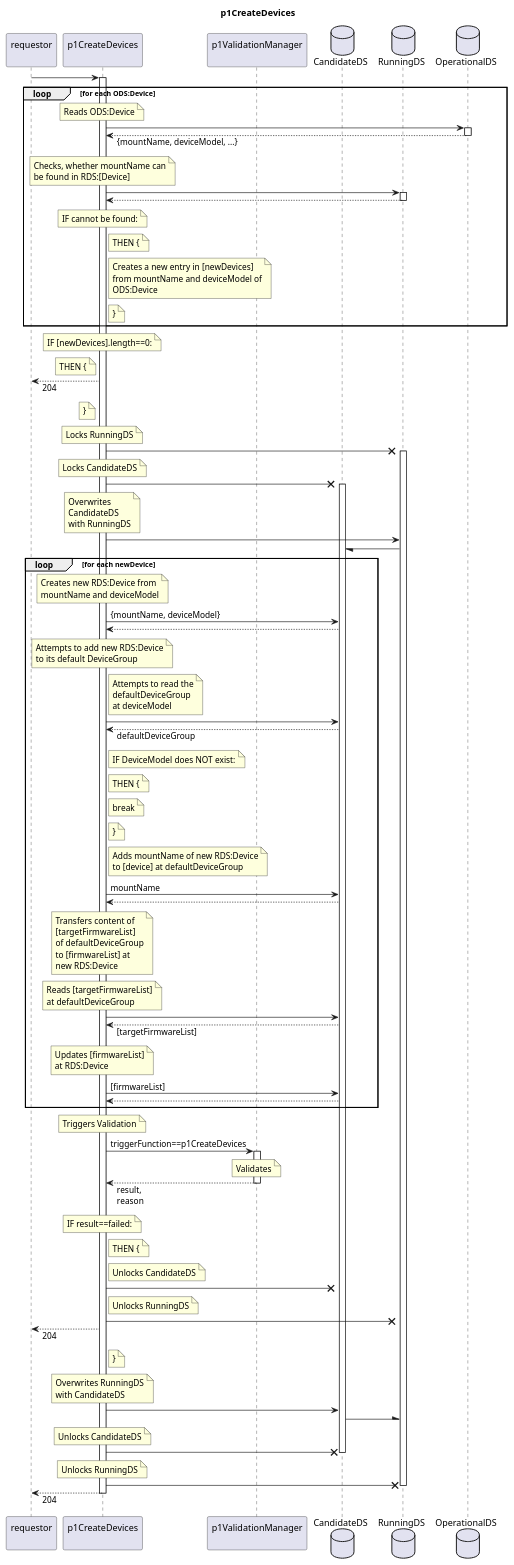
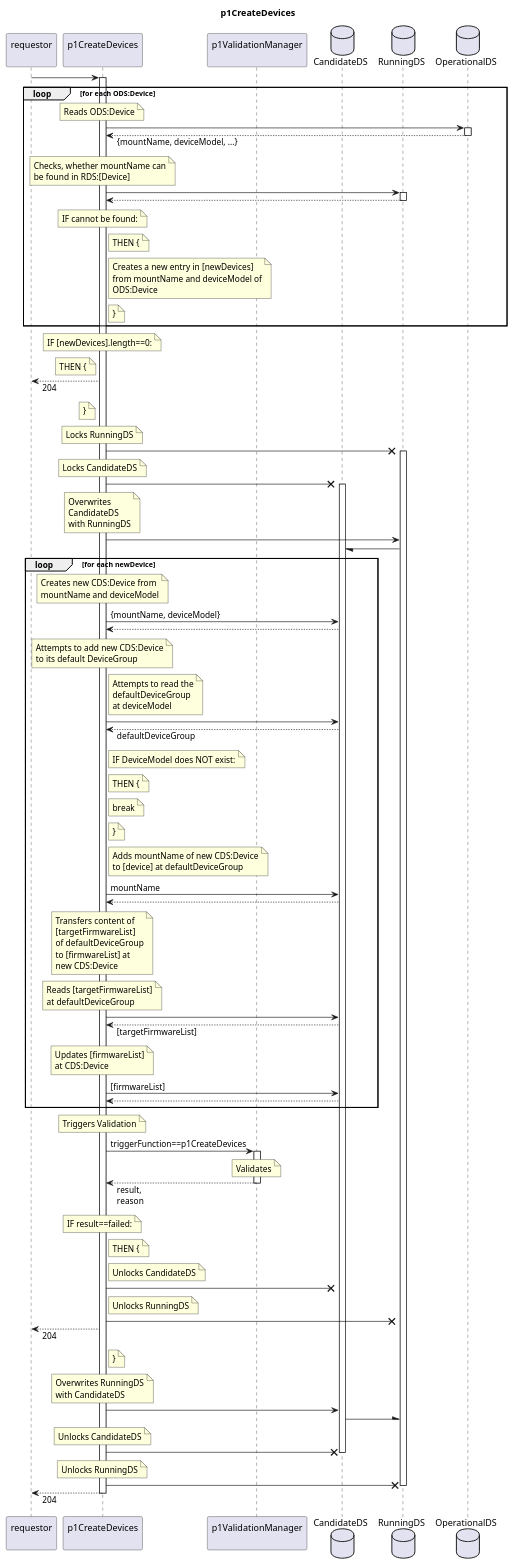
One commit to openBackhaul/FirmWareManager changed the diagram in spec/Functions/Interpretation/p1CreateDevices/1.0.0/p1CreateDevices.plantuml. Above: the diagram before and after it, drawn with PlantUML. The commit also changed 26 other files, not shown here.

```diff
--- a/spec/Functions/Interpretation/p1CreateDevices/1.0.0/p1CreateDevices.plantuml
+++ b/spec/Functions/Interpretation/p1CreateDevices/1.0.0/p1CreateDevices.plantuml
@@ -1,188 +1,188 @@
 @startuml p1CreateDevices
 skinparam responseMessageBelowArrow true
 
 title
   p1CreateDevices
 end title
 
 participant "requestor\n" as requestor
 participant "p1CreateDevices\n" as indServ
 participant "p1ValidationManager\n" as valiMan
 
 database "CandidateDS" as CanDS
 database "RunningDS" as RunDS
 database "OperationalDS" as OpDS
 
 requestor -> indServ
 activate indServ
 
   loop for each ODS:Device
     note over indServ
       Reads ODS:Device
     end note
     indServ -> OpDS
     activate OpDS
     indServ <-- OpDS: {mountName, deviceModel, ...}
     deactivate OpDS
     note over indServ
       Checks, whether mountName can
       be found in RDS:[Device]
     end note
     indServ -> RunDS
     activate RunDS
     indServ <-- RunDS
     deactivate RunDS
     note over indServ
       IF cannot be found:
     end note
     note right indServ
       THEN {
     end note
     note right indServ
       Creates a new entry in [newDevices]
       from mountName and deviceModel of
       ODS:Device
     end note
     note right indServ
       }
     end note
   end loop
   note over indServ
     IF [newDevices].length==0:
   end note
   note left indServ
     THEN {
   end note
   requestor <-- indServ: 204
   note left indServ
     }
   end note  
 
   note over indServ
     Locks RunningDS
   end note
   indServ -X RunDS
   activate RunDS
   note over indServ
     Locks CandidateDS
   end note
   indServ -X CanDS
   activate CanDS
   note over indServ
     Overwrites
     CandidateDS
     with RunningDS
   end note
   indServ -> RunDS
   RunDS -/ CanDS
 
   loop for each newDevice
     note over indServ
-      Creates new RDS:Device from
+      Creates new CDS:Device from
       mountName and deviceModel
     end note
     indServ -> CanDS: {mountName, deviceModel}
     indServ <-- CanDS
 
     note over indServ
-      Attempts to add new RDS:Device
+      Attempts to add new CDS:Device
       to its default DeviceGroup
     end note
     note right indServ
       Attempts to read the
       defaultDeviceGroup
       at deviceModel
     end note
     indServ -> CanDS
     indServ <-- CanDS: defaultDeviceGroup
     note right indServ
       IF DeviceModel does NOT exist:
     end note
     note right indServ
       THEN {
     end note
     note right indServ
       break
     end note
     note right indServ
       }
     end note
     note right indServ
-      Adds mountName of new RDS:Device
+      Adds mountName of new CDS:Device
       to [device] at defaultDeviceGroup
     end note
     indServ -> CanDS: mountName
     indServ <-- CanDS
  
     note over indServ
       Transfers content of
       [targetFirmwareList]
       of defaultDeviceGroup
       to [firmwareList] at
-      new RDS:Device
+      new CDS:Device
     end note
     note over indServ
       Reads [targetFirmwareList]
       at defaultDeviceGroup
     end note
     indServ -> CanDS
     indServ <-- CanDS: [targetFirmwareList]
     note over indServ
       Updates [firmwareList]
-      at RDS:Device
+      at CDS:Device
     end note
     indServ -> CanDS: [firmwareList]
     indServ <-- CanDS
   end loop
 
   note over indServ
     Triggers Validation
   end note
   indServ -> valiMan: triggerFunction==p1CreateDevices
   activate valiMan
     note over valiMan
       Validates
     end note
   indServ <-- valiMan: result,\nreason
   deactivate valiMan
   note over indServ
     IF result==failed:
   end note
   note right indServ
     THEN {
   end note
   note right indServ
     Unlocks CandidateDS
   end note
   indServ -X CanDS
   note right indServ
     Unlocks RunningDS
   end note
   indServ -X RunDS
 
   requestor <-- indServ: 204
   note right indServ
     }
   end note
 
   note over indServ
     Overwrites RunningDS
     with CandidateDS
   end note
   indServ -> CanDS
   CanDS -\ RunDS
   note over indServ
     Unlocks CandidateDS
   end note
   indServ -X CanDS
   deactivate CanDS
   note over indServ
     Unlocks RunningDS
   end note
   indServ -X RunDS
   deactivate RunDS
 
 requestor <-- indServ: 204
 deactivate indServ
 
 @enduml
```
